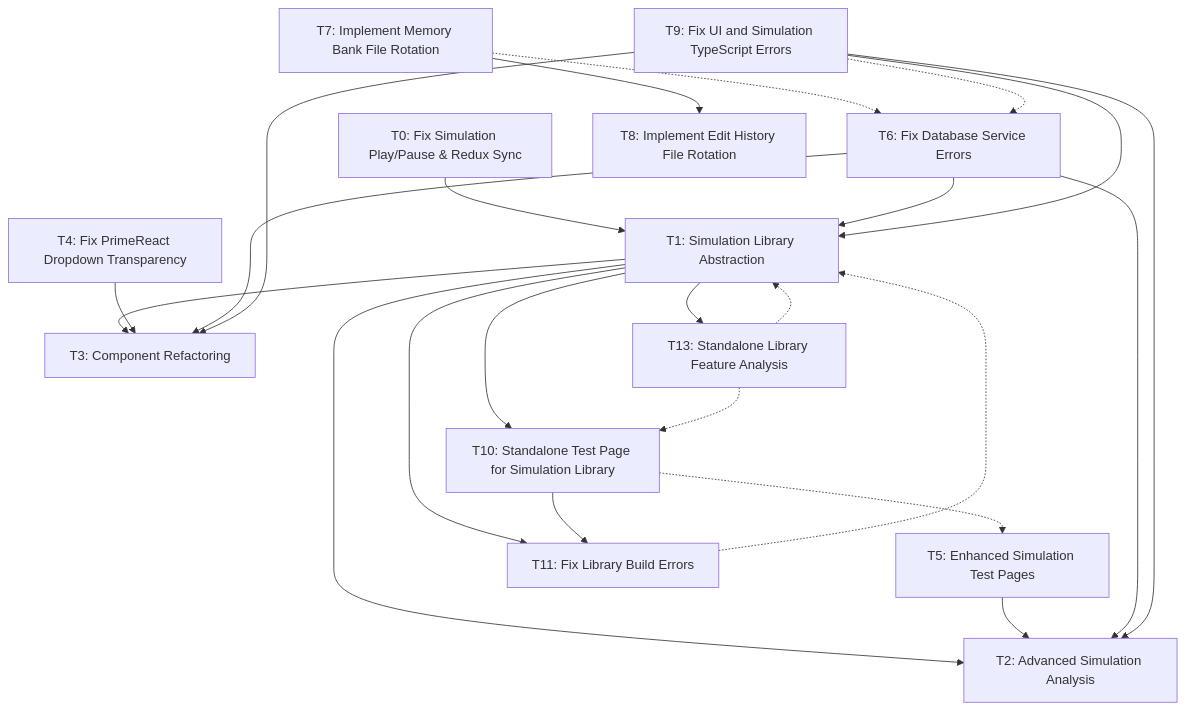
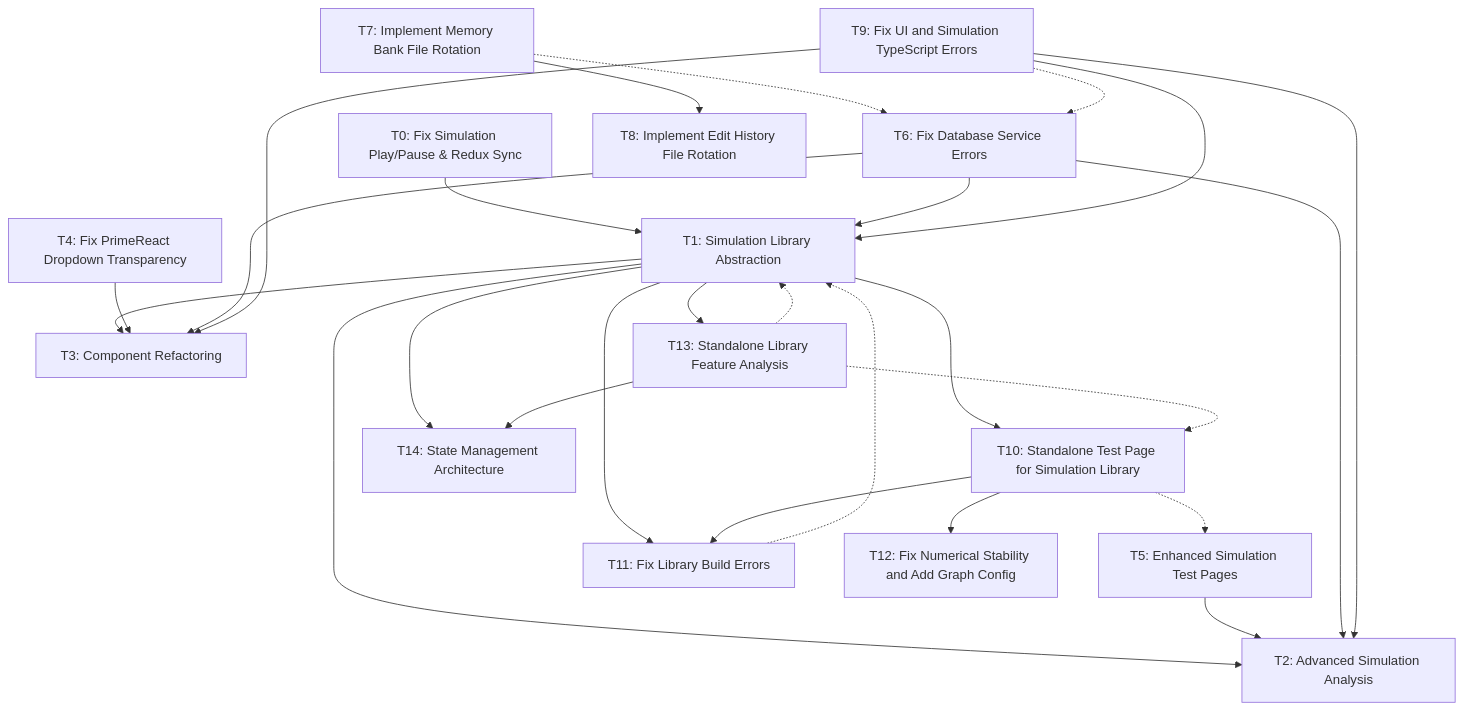
Before and after one commit to space-cadet/spin_network_app: the diagram in memory-bank/tasks.md, drawn with Mermaid. The commit also changed other lines of this file and 5 other files, not shown here.

First line of the commit message:
Update standalone library architecture with event system and state management

````diff
--- a/memory-bank/tasks.md
+++ b/memory-bank/tasks.md
@@ -394,39 +426,44 @@
 ```mermaid
 graph TD
     T1[T1: Simulation Library Abstraction]
     T2[T2: Advanced Simulation Analysis]
     T3[T3: Component Refactoring]
     T0[T0: Fix Simulation Play/Pause & Redux Sync]
     T4[T4: Fix PrimeReact Dropdown Transparency]
     T5[T5: Enhanced Simulation Test Pages]
     T6[T6: Fix Database Service Errors]
     T7[T7: Implement Memory Bank File Rotation]
     T8[T8: Implement Edit History File Rotation]
     T9[T9: Fix UI and Simulation TypeScript Errors]
     T10[T10: Standalone Test Page for Simulation Library]
     T11[T11: Fix Library Build Errors]
+    T12[T12: Fix Numerical Stability and Add Graph Config]
     T13[T13: Standalone Library Feature Analysis]
+    T14[T14: State Management Architecture]
     
     T0 --> T1
     T1 --> T2
     T1 --> T3
     T1 --> T10
     T1 --> T11
     T1 --> T13
+    T1 --> T14
     T4 --> T3
     T5 --> T2
     T6 --> T1
     T6 --> T2
     T6 --> T3
     T7 -.-> T6
     T7 --> T8
     T9 --> T1
     T9 --> T2
     T9 --> T3
     T9 -.-> T6
     T10 -.-> T5
     T10 --> T11
+    T10 --> T12
     T11 -.-> T1
+    T13 --> T14
     T13 -.-> T1
     T13 -.-> T10
 ```
````
